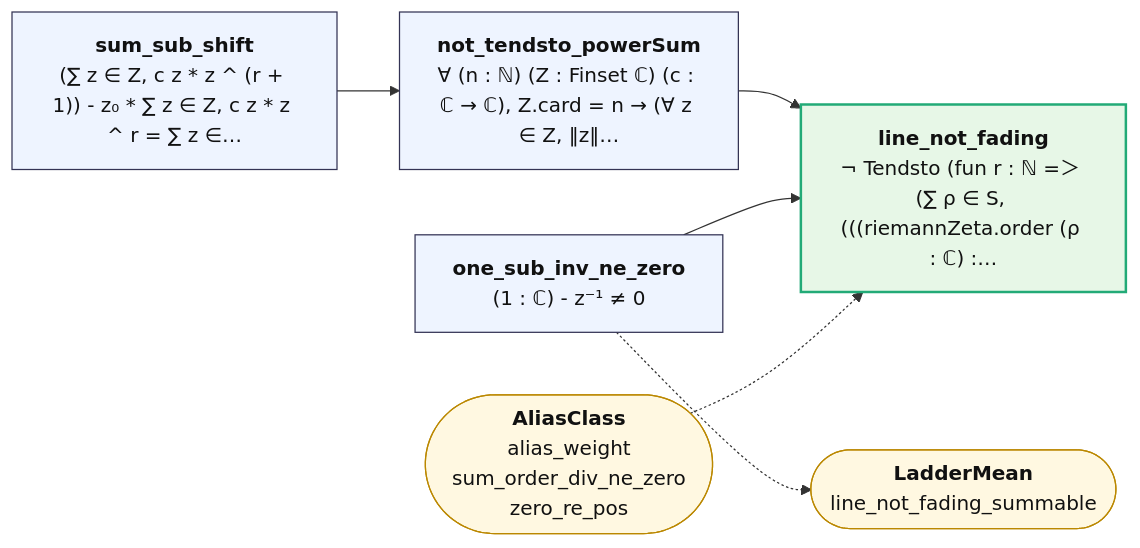
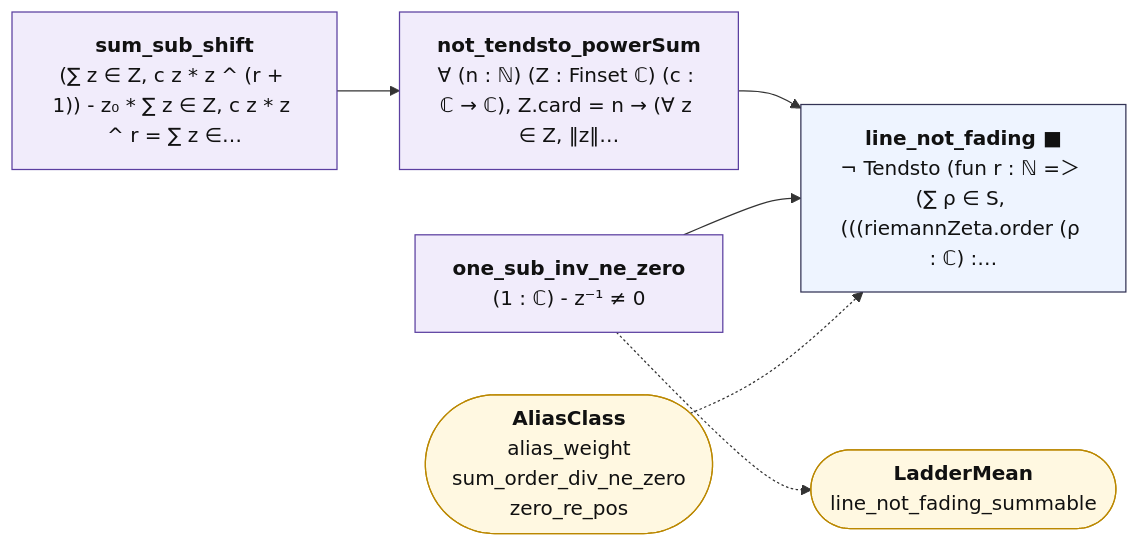
Before and after one commit to juliansambranojr/Primebeat_081426: the diagram in map/lean_stage3/LadderFading.md, drawn with Mermaid. The commit also changed other lines of this file and 398 other files, not shown here.

First line of the commit message:
map: the table first. Three layers from Lean's record of each proof and everything beneath it: counting (integers only), shape (analysis, no zeta), reads zeta; map/TABLE.md lists every counting theorem; the Riemann hypothesis is drawn as one reading at the edge

````diff
--- a/map/lean_stage3/LadderFading.md
+++ b/map/lean_stage3/LadderFading.md
@@ -12,19 +12,22 @@
 ```mermaid
 flowchart LR
-  n0["<b>sum_sub_shift</b><br/>(∑ z ∈ Z, c z * z ^ (r + 1)) - z₀ * ∑ z ∈ Z, c z * z ^ r = ∑ z ∈…"]:::thm
-  n1["<b>not_tendsto_powerSum</b><br/>∀ (n : ℕ) (Z : Finset ℂ) (c : ℂ → ℂ), Z.card = n → (∀ z ∈ Z, ‖z‖…"]:::thm
-  n2["<b>one_sub_inv_ne_zero</b><br/>(1 : ℂ) - z⁻¹ ≠ 0"]:::thm
-  n3["<b>line_not_fading</b><br/>¬ Tendsto (fun r : ℕ =＞ (∑ ρ ∈ S, (((riemannZeta.order (ρ : ℂ) :…"]:::end_
+  n0["<b>sum_sub_shift</b><br/>(∑ z ∈ Z, c z * z ^ (r + 1)) - z₀ * ∑ z ∈ Z, c z * z ^ r = ∑ z ∈…"]:::shp
+  n1["<b>not_tendsto_powerSum</b><br/>∀ (n : ℕ) (Z : Finset ℂ) (c : ℂ → ℂ), Z.card = n → (∀ z ∈ Z, ‖z‖…"]:::shp
+  n2["<b>one_sub_inv_ne_zero</b><br/>(1 : ℂ) - z⁻¹ ≠ 0"]:::shp
+  n3["<b>line_not_fading ■</b><br/>¬ Tendsto (fun r : ℕ =＞ (∑ ρ ∈ S, (((riemannZeta.order (ρ : ℂ) :…"]:::thm
   x0(["<b>LadderMean</b><br/>line_not_fading_summable"]):::ext
   x1(["<b>AliasClass</b><br/>alias_weight<br/>sum_order_div_ne_zero<br/>zero_re_pos"]):::ext
   n0 --> n1
   n1 --> n3
   n2 --> n3
   n2 -.-> x0
   x1 -.-> n3
+  classDef cnt fill:#dff5ec,stroke:#17694a,color:#111
+  classDef shp fill:#f1ecfb,stroke:#5b3fa0,color:#111
+  classDef rh fill:#ffe5e5,stroke:#c22,color:#111,stroke-width:2px
   classDef thm fill:#eef4ff,stroke:#335,color:#111
   classDef end_ fill:#e7f7e7,stroke:#2a7,color:#111,stroke-width:2px
   classDef lone fill:#fff,stroke:#999,color:#111,stroke-dasharray:4 3
   classDef bad fill:#ffe5e5,stroke:#c22,color:#111,stroke-width:2px
   classDef ext fill:#fff8e1,stroke:#b80,color:#111
 ```
````
